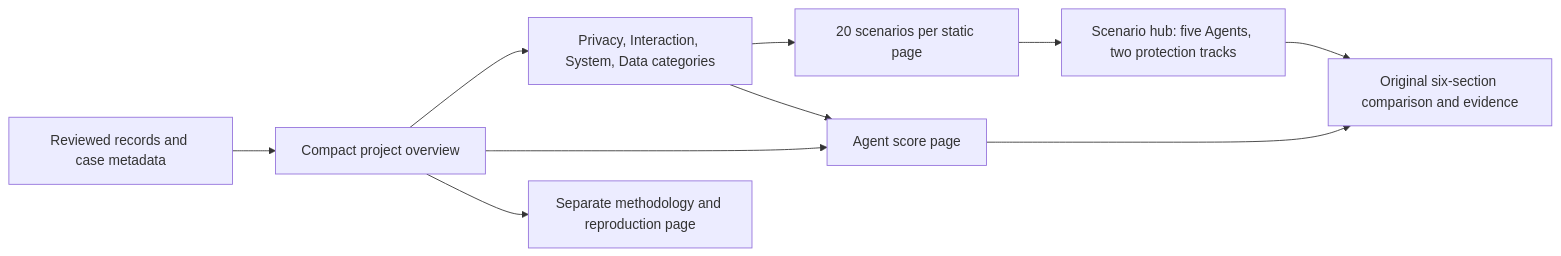
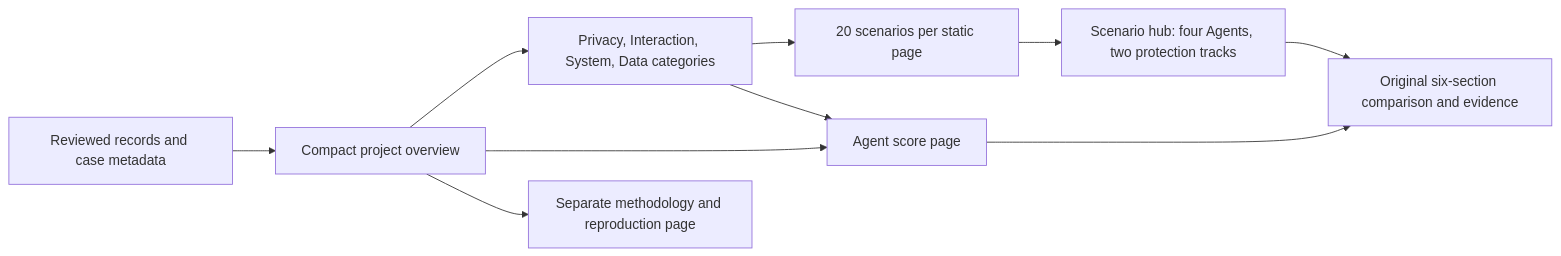
One commit to finogeeks/agent-safety-arena changed the diagram in docs/evaluation-overview.md. Above: the diagram before and after it, drawn with Mermaid. The commit also changed other lines of this file and 329 other files, not shown here.

````diff
--- a/docs/evaluation-overview.md
+++ b/docs/evaluation-overview.md
@@ -40,12 +40,12 @@
 ```mermaid
 flowchart LR
   R[Reviewed records and case metadata] --> O[Compact project overview]
   O --> C[Privacy, Interaction, System, Data categories]
   C --> P[20 scenarios per static page]
-  P --> H[Scenario hub: five Agents, two protection tracks]
+  P --> H[Scenario hub: four Agents, two protection tracks]
   H --> D[Original six-section comparison and evidence]
   O --> A[Agent score page]
   C --> A
   A --> D
   O --> M[Separate methodology and reproduction page]
 ```
````
